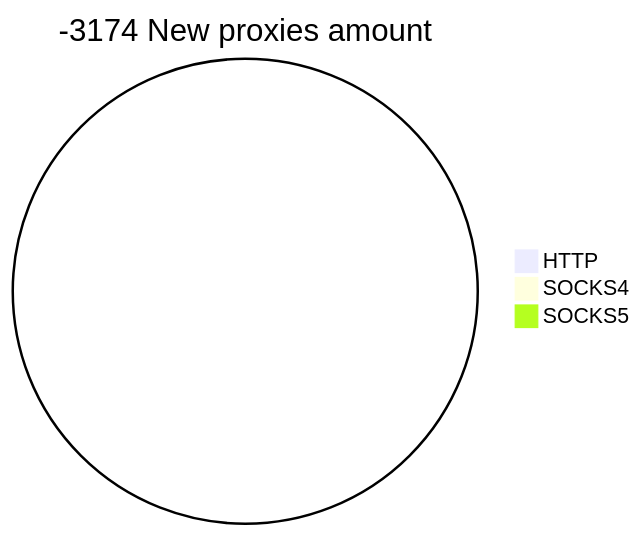
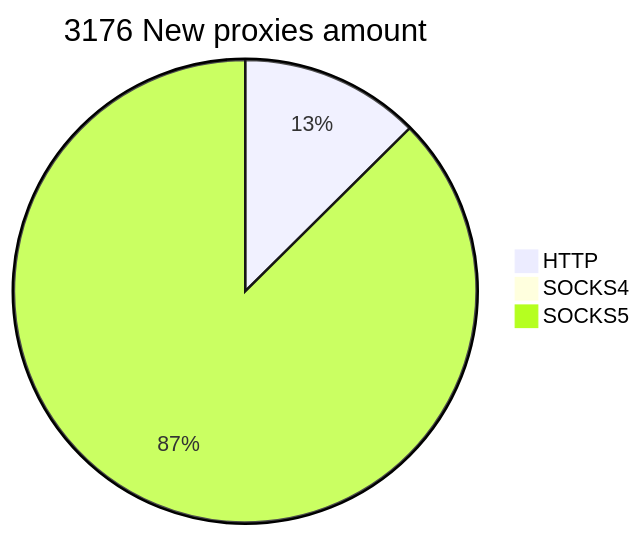
Before and after one commit to cutipu/proxylist: the second of 2 diagrams in README.md, drawn with Mermaid. The commit also changed other lines of this file, not shown here.

````diff
--- a/README.md
+++ b/README.md
@@ -10,6 +10,6 @@
 ```mermaid
-pie title -3174 New proxies amount
-    "HTTP" : 0
-    "SOCKS4" : 0
-    "SOCKS5" : 0
+pie title 3176 New proxies amount
+    "HTTP" : 399
+    "SOCKS4" : 1
+    "SOCKS5" : 2776
 ```
````
